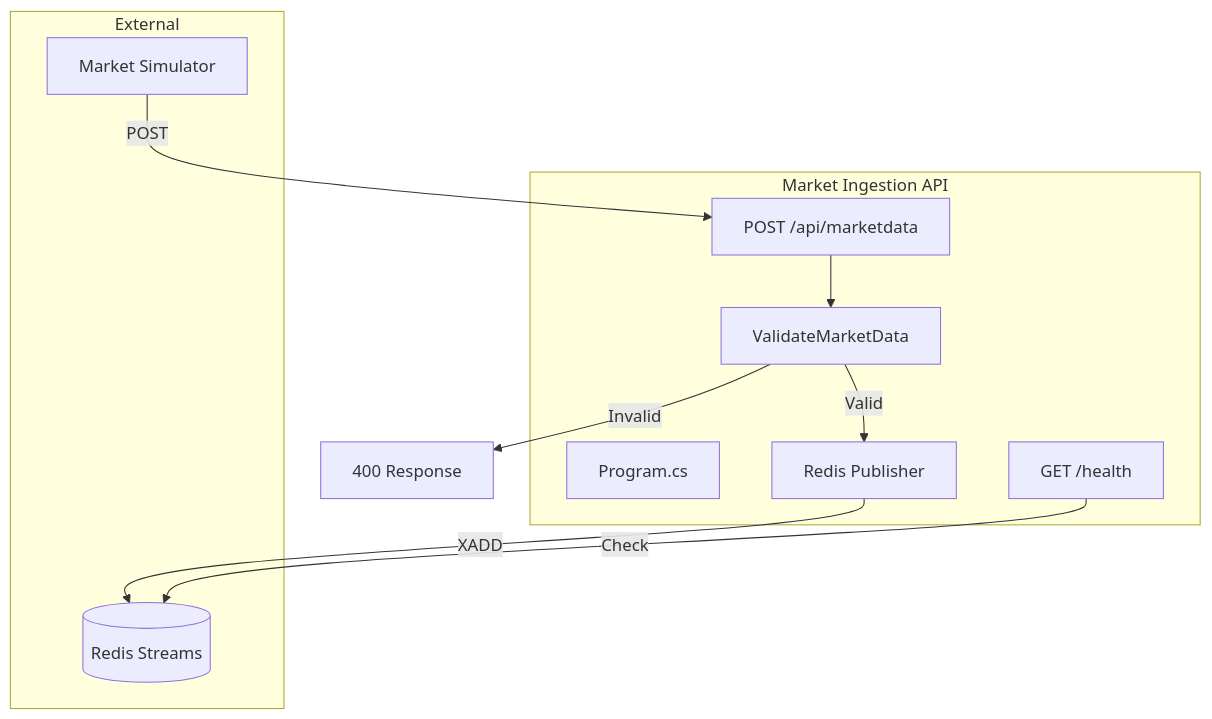
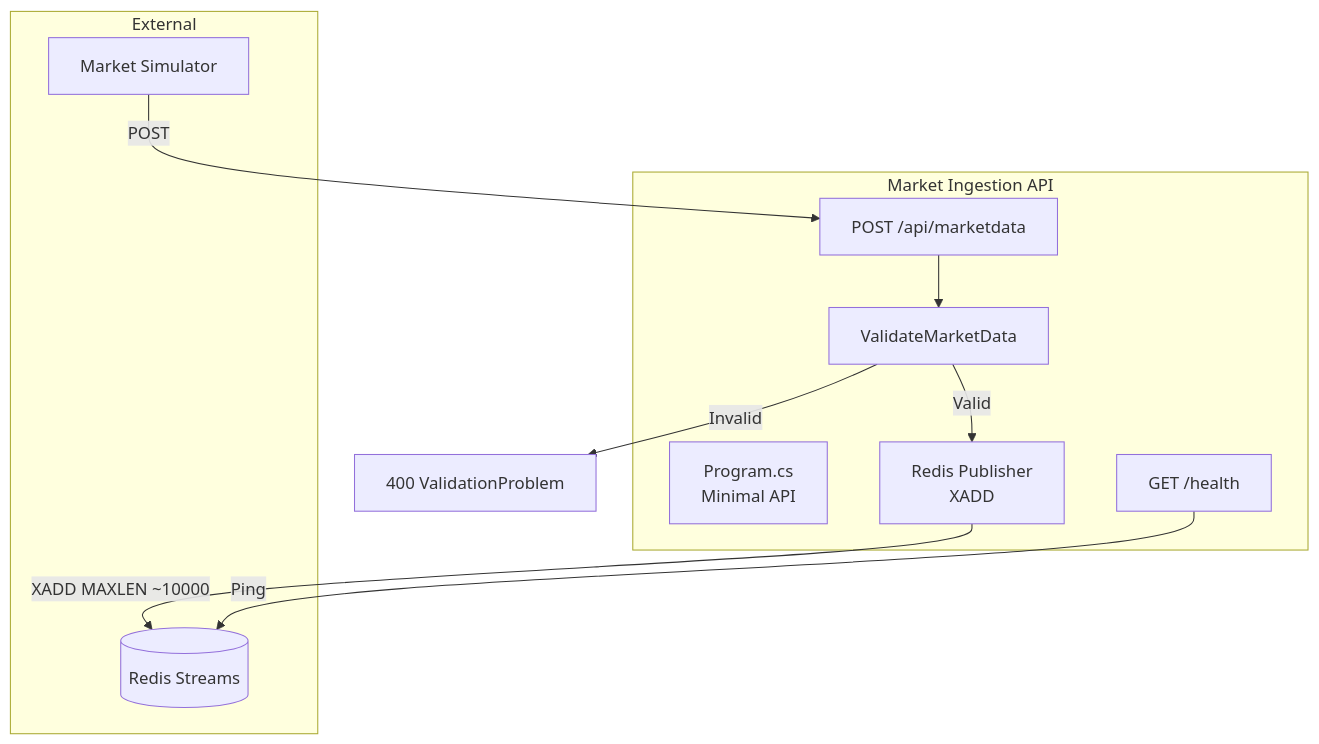
One commit to raj-champion-trader/rajchampaneriya.github.io changed the fourth of 10 diagrams in hugo-site/content/projects/stock-market-simulator/index.md. Above: the diagram before and after it, drawn with Mermaid. The commit also changed other lines of this file and 4 other files, not shown here.

First line of the commit message:
Enhance Stock Market Simulator documentation and architecture details

````diff
--- a/hugo-site/content/projects/stock-market-simulator/index.md
+++ b/hugo-site/content/projects/stock-market-simulator/index.md
@@ -131,22 +147,22 @@
 ```mermaid
 flowchart TB
     subgraph IngestionAPIService["Market Ingestion API"]
-        Program["Program.cs"]
+        Program["Program.cs<br/>Minimal API"]
         MarketDataEndpoint["POST /api/marketdata"]
         HealthEndpoint["GET /health"]
         Validation["ValidateMarketData"]
-        RedisPublisher["Redis Publisher"]
+        RedisPublisher["Redis Publisher<br/>XADD"]
     end
 
     subgraph External["External"]
         Redis[("Redis Streams")]
         Simulator["Market Simulator"]
     end
 
     Simulator -->|POST| MarketDataEndpoint
     MarketDataEndpoint --> Validation
     Validation -->|Valid| RedisPublisher
-    Validation -->|Invalid| Error["400 Response"]
-    RedisPublisher -->|XADD| Redis
-    HealthEndpoint -->|Check| Redis
+    Validation -->|Invalid| Error["400 ValidationProblem"]
+    RedisPublisher -->|XADD MAXLEN ~10000| Redis
+    HealthEndpoint -->|Ping| Redis
 ```
````
